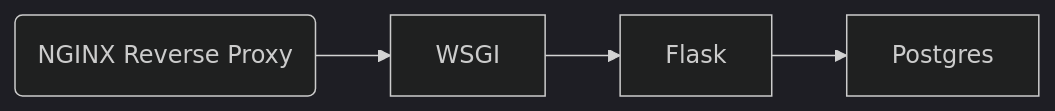
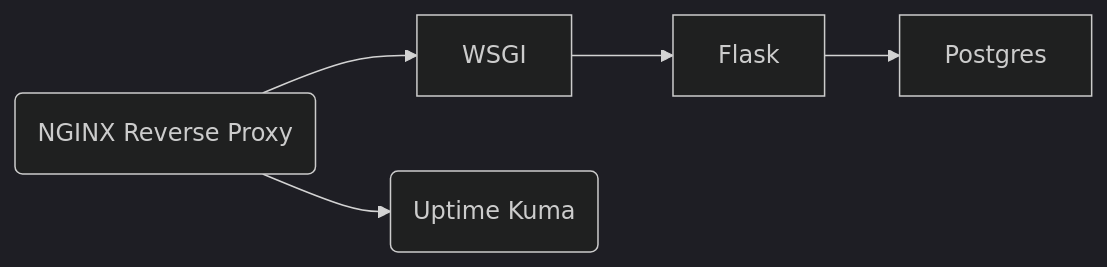
Before and after one commit to volutus/self-domain-docker: the diagram in README.md, drawn with Mermaid (dark theme). The commit also changed other lines of this file, not shown here.

Commit message:
Add info about flask + uptime kuma

````diff
--- a/README.md
+++ b/README.md
@@ -3,6 +3,7 @@
 ```mermaid
 graph LR;
     A("NGINX Reverse Proxy") --> WSGI;
+    A --> B("Uptime Kuma");
     WSGI --> Flask;
     Flask --> Postgres;
 ```
````
